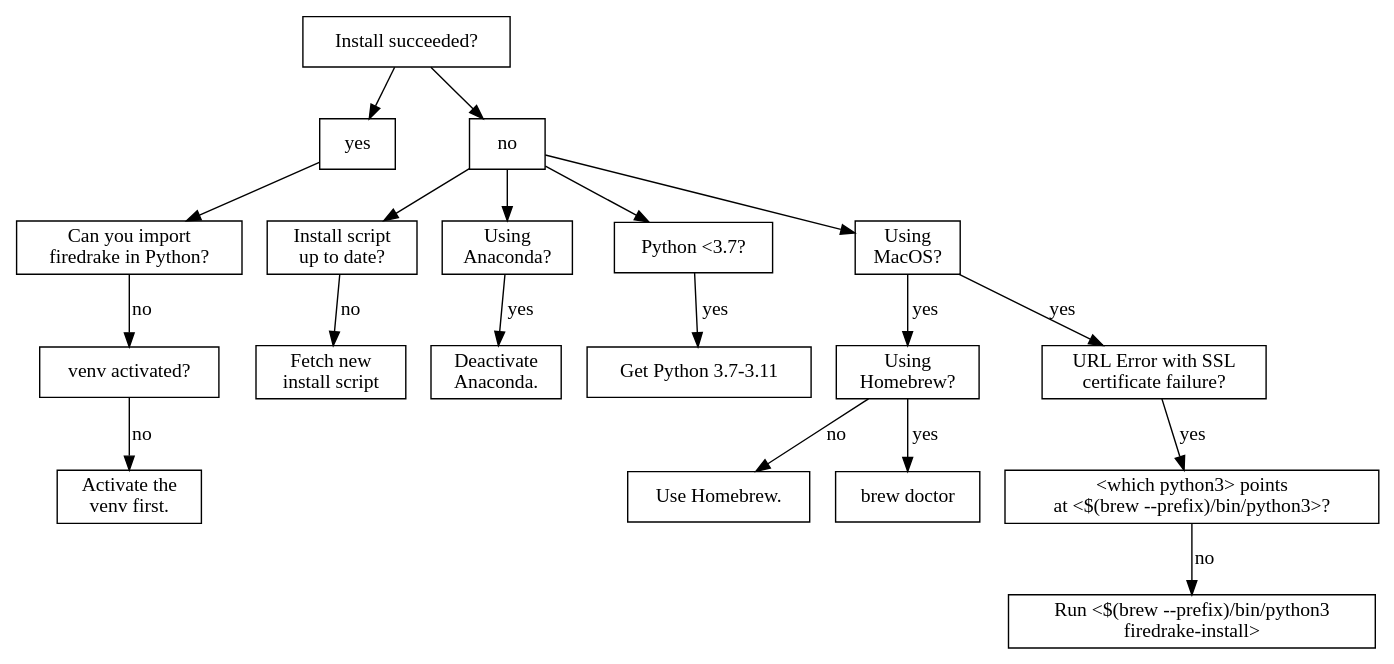
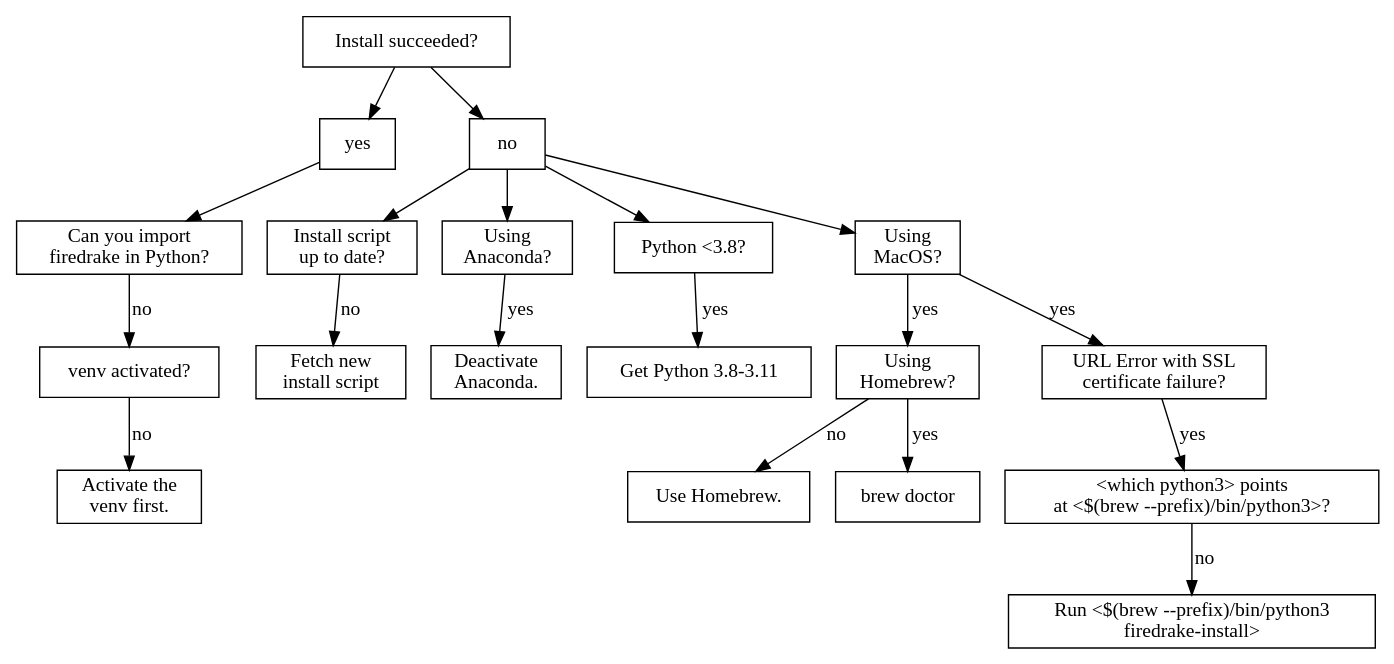
One commit to firedrakeproject/firedrake changed the diagram in docs/source/install-debug.dot. Above: the diagram before and after it, drawn with Graphviz.

Commit message:
Bump Python version on flowchart

```diff
--- a/docs/source/install-debug.dot
+++ b/docs/source/install-debug.dot
@@ -1,41 +1,41 @@
 digraph triage {
     node [shape=rect];
 
     can_install [label="Install succeeded?"];
     install_succeeded [label="yes"];
     install_failed [label="no"];
     can_import [label="Can you import\nfiredrake in Python?"];
     venv_activated [label="venv activated?"];
     install_script_up_to_date [label="Install script\nup to date?"];
     using_anaconda [label="Using\nAnaconda?"];
-    python_version [label="Python <3.7?"];
+    python_version [label="Python <3.8?"];
     using_macos [label="Using\nMacOS?"];
     using_homebrew [label="Using\nHomebrew?"];
     url_error [label="URL Error with SSL\ncertificate failure?"];
     which_python [label="<which python3> points\nat <$(brew --prefix)/bin/python3>?"];
 
     activate_venv [label="Activate the\nvenv first."];
     uninstall_anaconda [label="Deactivate\nAnaconda."];
-    update_python [label="Get Python 3.7-3.11"];
+    update_python [label="Get Python 3.8-3.11"];
     update_install_script [label="Fetch new\ninstall script"];
     get_homebrew [label="Use Homebrew."];
     brew_doctor [label="brew doctor"];
     explicit_path [label="Run <$(brew --prefix)/bin/python3\n firedrake-install>"];
 
     can_install -> install_succeeded;
     install_succeeded -> can_import;
     can_import -> venv_activated [label="no"];
     venv_activated -> activate_venv [label="no"];
 
     can_install -> install_failed;
     install_failed -> {install_script_up_to_date, using_anaconda, python_version, using_macos};
     install_script_up_to_date -> update_install_script [label="no"];
     python_version -> update_python [label="yes"];
     using_anaconda -> uninstall_anaconda [label="yes"];
     using_macos -> using_homebrew [label="yes"];
     using_homebrew -> get_homebrew [label="no"];
     using_homebrew -> brew_doctor [label="yes"];
     using_macos -> url_error [label="yes"];
     url_error -> which_python [label="yes"];
     which_python -> explicit_path [label="no"];
 }
```
